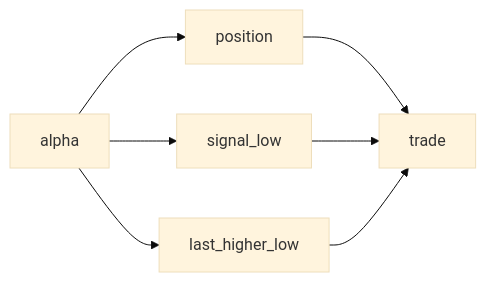
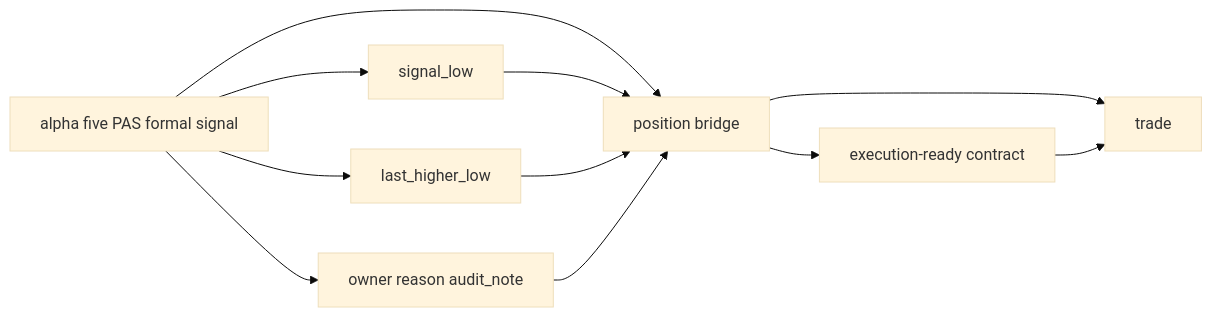
The diagram in docs/03-execution/100-trade-signal-anchor-contract-freeze-card-20260411.md (everything-is-simple/lifespan-0.01), drawn with Mermaid (base theme) before and after one commit. The commit also changed other lines of this file and 11 other files, not shown here.

````diff
--- a/docs/03-execution/100-trade-signal-anchor-contract-freeze-card-20260411.md
+++ b/docs/03-execution/100-trade-signal-anchor-contract-freeze-card-20260411.md
@@ -37,9 +45,13 @@
 ```mermaid
 flowchart LR
-    A[alpha] --> P[position]
+    A[alpha five PAS formal signal] --> P[position bridge]
     P --> T[trade]
     A --> SL[signal_low]
     A --> LHL[last_higher_low]
-    SL --> T
-    LHL --> T
+    A --> OAR[owner reason audit_note]
+    SL --> P
+    LHL --> P
+    OAR --> P
+    P --> EXEC[execution-ready contract]
+    EXEC --> T
 ```
````
